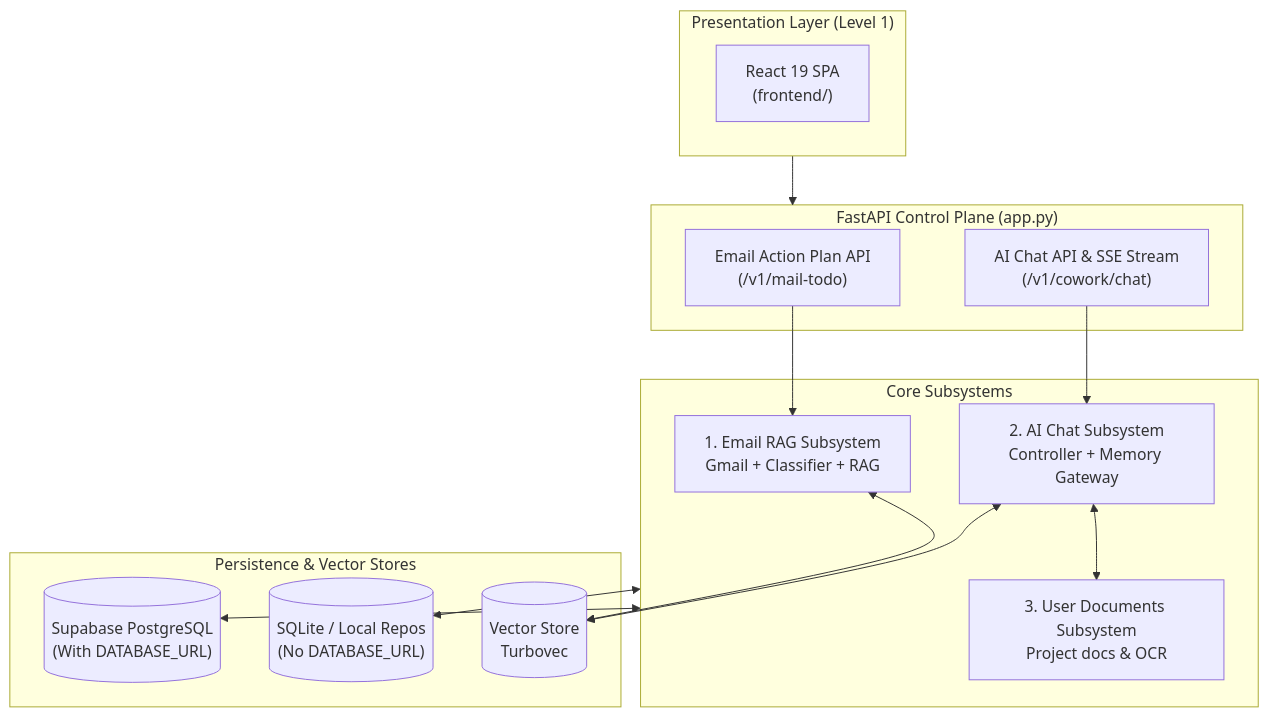
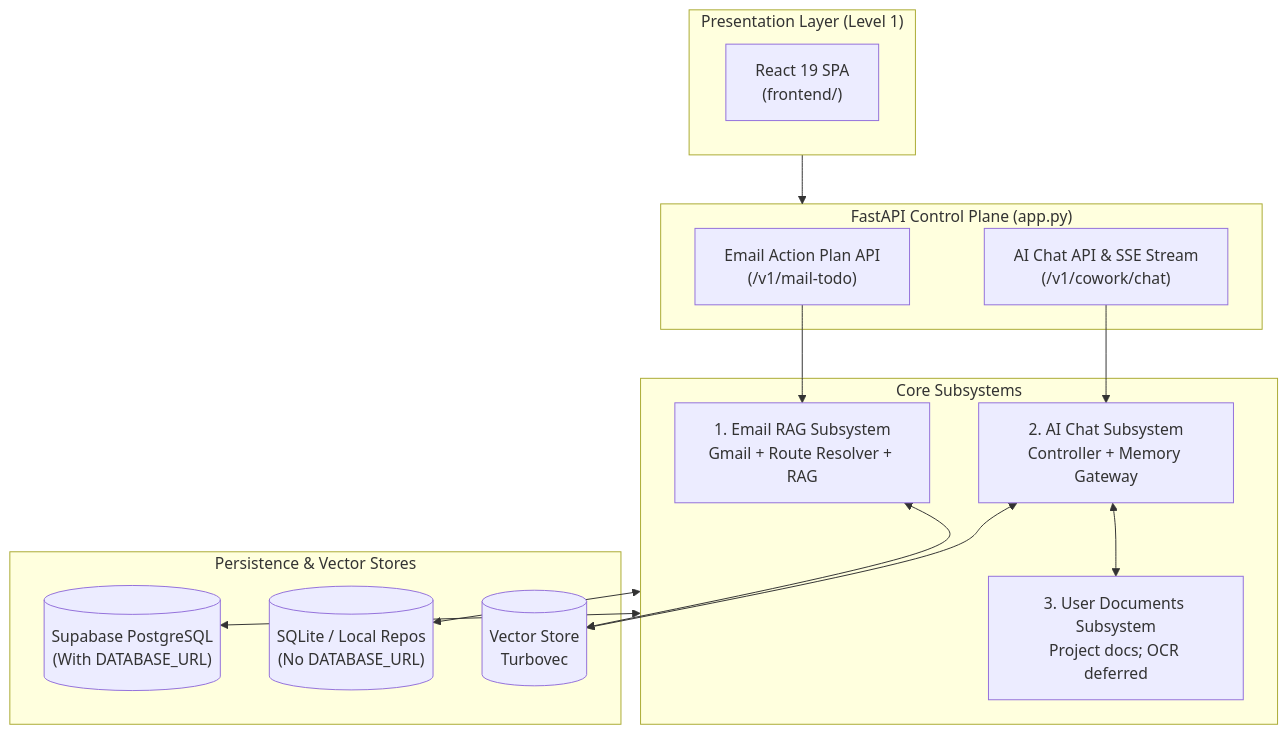
Before and after one commit to MathematicGuy/EMAIL-AGENT-v1: the diagram in docs/architectures/current-architectures/README.md, drawn with Mermaid. The commit also changed other lines of this file and 14 other files, not shown here.

Commit message:
feat(frontend): relocate project documents button to header in chat view

````diff
--- a/docs/architectures/current-architectures/README.md
+++ b/docs/architectures/current-architectures/README.md
@@ -15,33 +15,33 @@
 ```mermaid
 flowchart TB
     subgraph CLIENTS["Presentation Layer (Level 1)"]
         UI_REACT["React 19 SPA<br/>(frontend/)"]
     end
 
     subgraph API["FastAPI Control Plane (app.py)"]
         EMAIL_API["Email Action Plan API<br/>(/v1/mail-todo)"]
         CHAT_API["AI Chat API & SSE Stream<br/>(/v1/cowork/chat)"]
     end
 
     subgraph SUBSYSTEMS["Core Subsystems"]
-        SUB_EMAIL["1. Email RAG Subsystem<br/>Gmail + Classifier + RAG"]
+        SUB_EMAIL["1. Email RAG Subsystem<br/>Gmail + Route Resolver + RAG"]
         SUB_CHAT["2. AI Chat Subsystem<br/>Controller + Memory Gateway"]
-        SUB_DOCS["3. User Documents Subsystem<br/>Project docs & OCR"]
+        SUB_DOCS["3. User Documents Subsystem<br/>Project docs; OCR deferred"]
     end
 
     subgraph STORES["Persistence & Vector Stores"]
         DB_LOCAL[("SQLite / Local Repos<br/>(No DATABASE_URL)")]
         DB_PG[("Supabase PostgreSQL<br/>(With DATABASE_URL)")]
         VECTOR[("Vector Store<br/>Turbovec")]
     end
 
     CLIENTS --> API
     EMAIL_API --> SUB_EMAIL
     CHAT_API --> SUB_CHAT
     SUB_CHAT <--> SUB_DOCS
     
     SUB_EMAIL <--> VECTOR
     SUB_CHAT <--> VECTOR
     SUBSYSTEMS <--> DB_LOCAL
     SUBSYSTEMS <--> DB_PG
 ```
````
